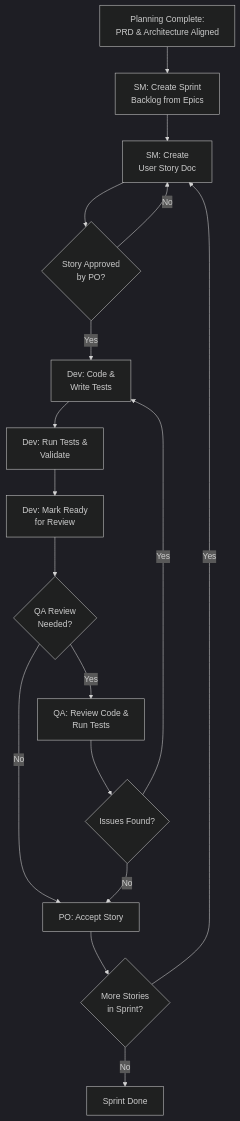
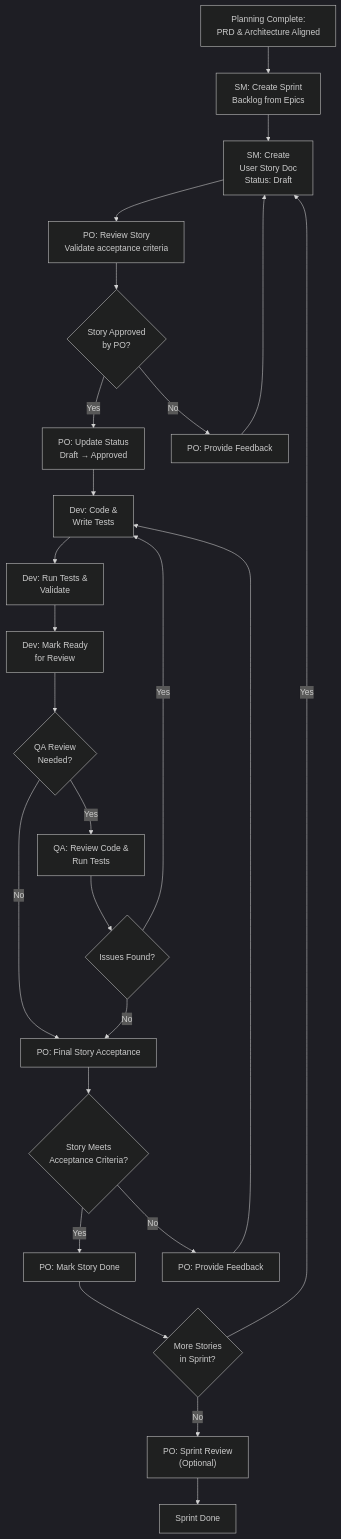
Before and after one commit to hitesh-goel/BMAD-METHOD: diagram 20 of 20 in diagrams.md, drawn with Mermaid (dark theme). The commit also changed other lines of this file, not shown here.

Commit message:
refactor: enhance flowchart in diagrams.md to clarify the Agile workflow, updating roles and processes for improved understanding and documentation accuracy

````diff
--- a/diagrams.md
+++ b/diagrams.md
@@ -809,19 +817,27 @@
 ```mermaid
 graph TD
     A["Planning Complete:<br/>PRD & Architecture Aligned"] --> B["SM: Create Sprint<br/>Backlog from Epics"]
-    B --> C["SM: Create<br/>User Story Doc"]
-    C --> D{"Story Approved<br/>by PO?"}
-    D -->|Yes| E["Dev: Code &<br/>Write Tests"]
-    D -->|No| C
-    E --> F["Dev: Run Tests &<br/>Validate"]
-    F --> G["Dev: Mark Ready<br/>for Review"]
-    G --> H{"QA Review<br/>Needed?"}
-    H -->|Yes| I["QA: Review Code &<br/>Run Tests"]
-    H -->|No| J["PO: Accept Story"]
-    I --> K{"Issues Found?"}
-    K -->|Yes| E
-    K -->|No| J
-    J --> L{"More Stories<br/>in Sprint?"}
-    L -->|Yes| C
-    L -->|No| M["Sprint Done"]
+    B --> C["SM: Create<br/>User Story Doc<br/>Status: Draft"]
+    C --> D["PO: Review Story<br/>Validate acceptance criteria"]
+    D --> E{"Story Approved<br/>by PO?"}
+    E -->|Yes| F["PO: Update Status<br/>Draft → Approved"]
+    E -->|No| G["PO: Provide Feedback"]
+    G --> C
+    F --> H["Dev: Code &<br/>Write Tests"]
+    H --> I["Dev: Run Tests &<br/>Validate"]
+    I --> J["Dev: Mark Ready<br/>for Review"]
+    J --> K{"QA Review<br/>Needed?"}
+    K -->|Yes| L["QA: Review Code &<br/>Run Tests"]
+    K -->|No| M["PO: Final Story Acceptance"]
+    L --> N{"Issues Found?"}
+    N -->|Yes| H
+    N -->|No| M
+    M --> O{"Story Meets<br/>Acceptance Criteria?"}
+    O -->|Yes| P["PO: Mark Story Done"]
+    O -->|No| Q["PO: Provide Feedback"]
+    Q --> H
+    P --> R{"More Stories<br/>in Sprint?"}
+    R -->|Yes| C
+    R -->|No| S["PO: Sprint Review<br/>(Optional)"]
+    S --> T["Sprint Done"]
 ```
````
